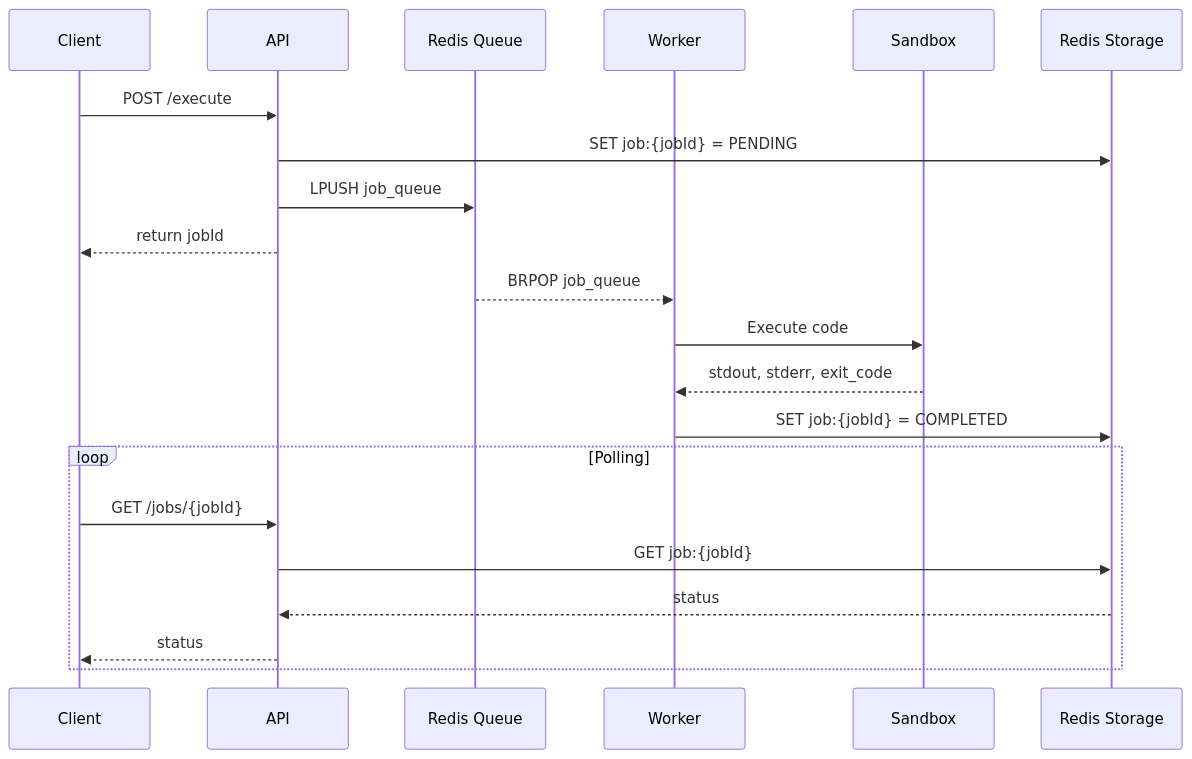
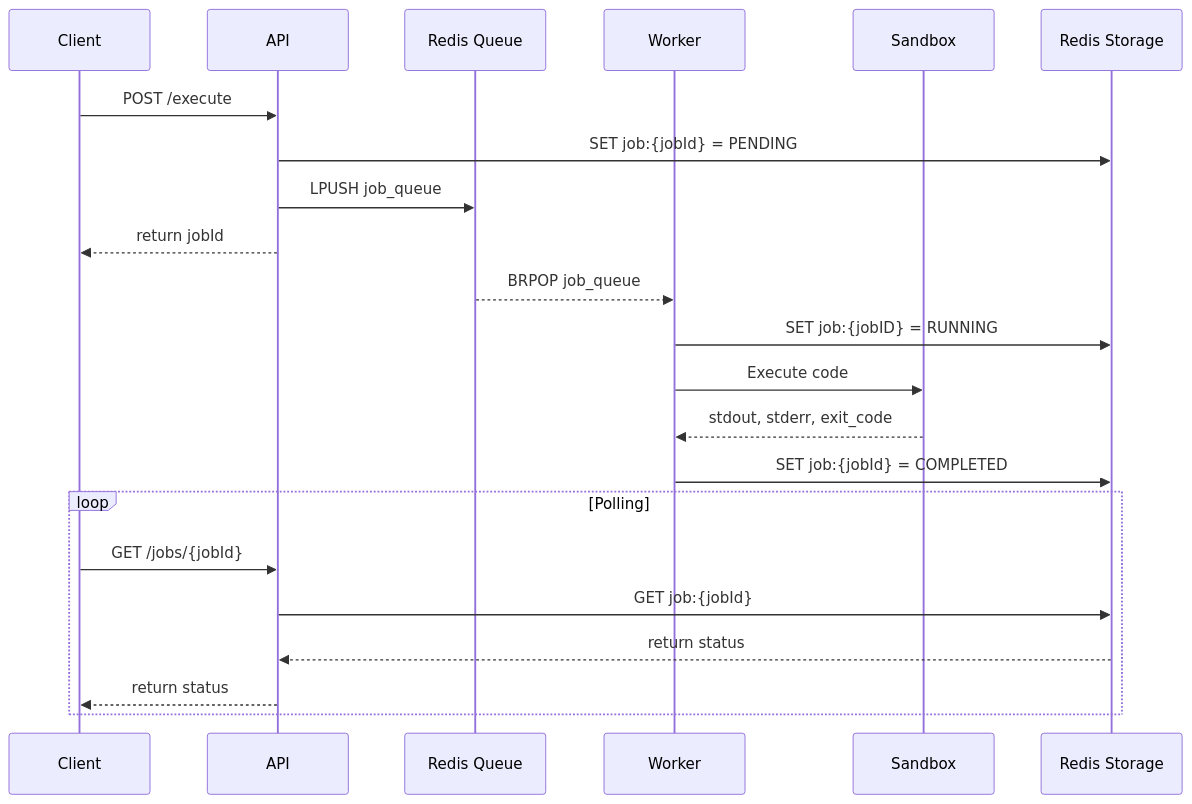
The third of 4 diagrams in docs/architecture.md (ljweel/OnPyRunner), drawn with Mermaid before and after one commit. The commit also changed other lines of this file, not shown here.

````diff
--- a/docs/architecture.md
+++ b/docs/architecture.md
@@ -75,26 +85,27 @@
 ```mermaid
 sequenceDiagram
     participant Client
     participant API
     participant Redis Queue
     participant Worker
     participant Sandbox
     participant Redis Storage
 
     Client->>API: POST /execute
     API->>Redis Storage: SET job:{jobId} = PENDING
     API->>Redis Queue: LPUSH job_queue
     API-->>Client: return jobId
 
     Redis Queue-->>Worker: BRPOP job_queue
+    Worker->>Redis Storage: SET job:{jobID} = RUNNING
     Worker->>Sandbox: Execute code
     Sandbox-->>Worker: stdout, stderr, exit_code
     Worker->>Redis Storage: SET job:{jobId} = COMPLETED
     
     loop Polling
         Client->>API: GET /jobs/{jobId}
         API->>Redis Storage: GET job:{jobId}
-        Redis Storage-->>API: status
-        API-->>Client: status
+        Redis Storage-->>API: return status
+        API-->>Client: return status
     end
 ```
````
